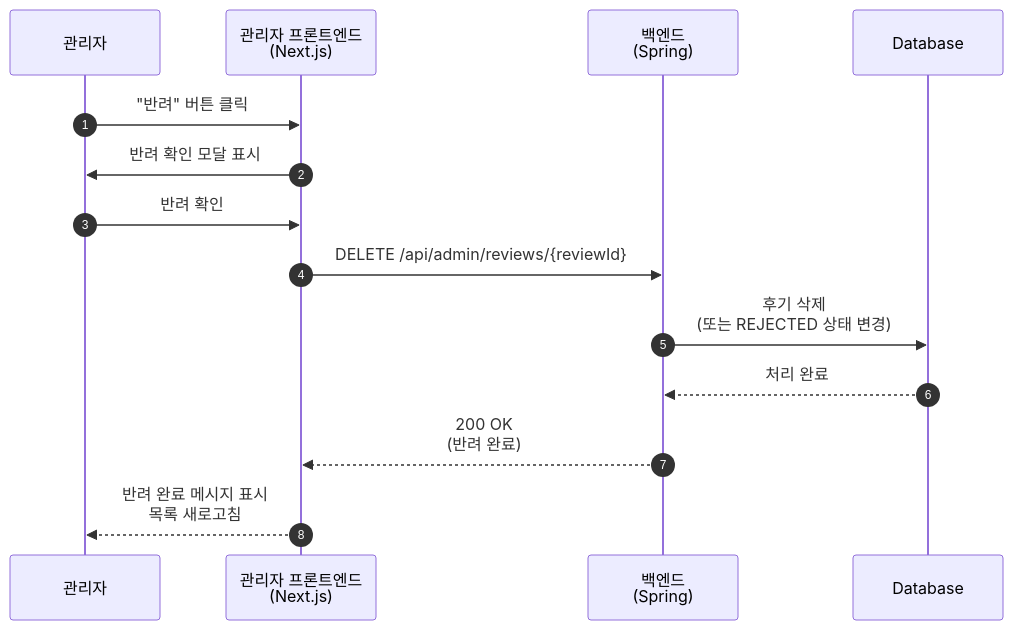
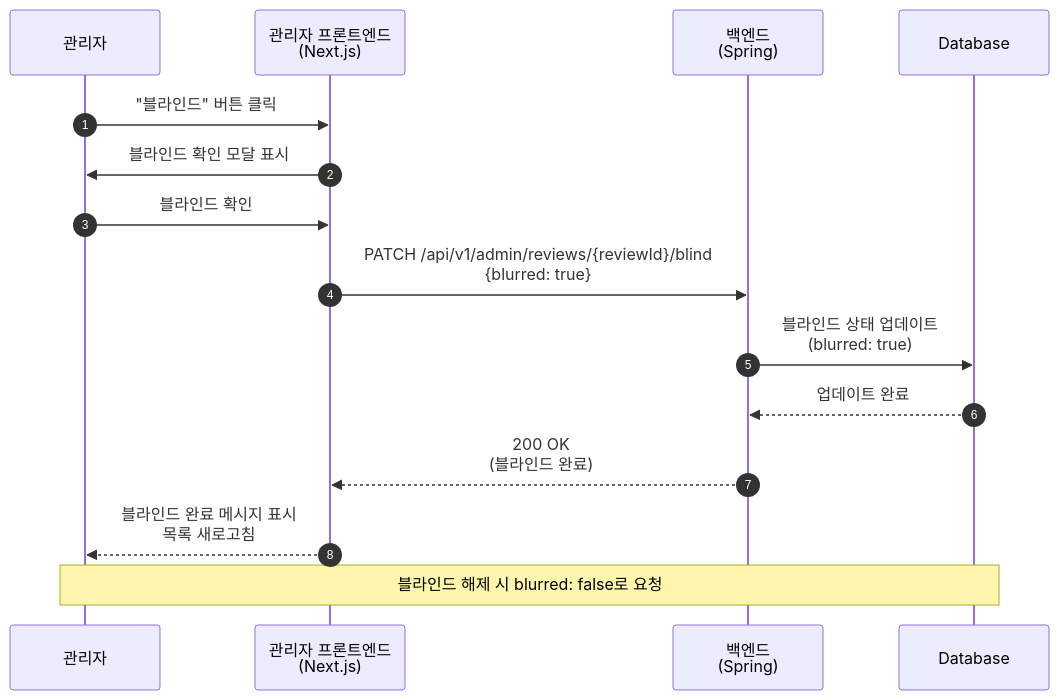
Before and after one commit to sw-campus/sw-campus-docs: the sixth of 8 diagrams in sequence/review/admin_review_approval_diagram.md, drawn with Mermaid. The commit also changed other lines of this file and 3 other files, not shown here.

Commit message:
docs: review sequence

````diff
--- a/sequence/review/admin_review_approval_diagram.md
+++ b/sequence/review/admin_review_approval_diagram.md
@@ -72,17 +152,19 @@
 ```mermaid
 sequenceDiagram
     autonumber
     participant Admin as 관리자
     participant AdminFE as 관리자 프론트엔드<br/>(Next.js)
     participant Backend as 백엔드<br/>(Spring)
     participant DB as Database
 
-    Admin->>AdminFE: "반려" 버튼 클릭
-    AdminFE->>Admin: 반려 확인 모달 표시
-    Admin->>AdminFE: 반려 확인
-    AdminFE->>Backend: DELETE /api/admin/reviews/{reviewId}
-    Backend->>DB: 후기 삭제<br/>(또는 REJECTED 상태 변경)
-    DB-->>Backend: 처리 완료
-    Backend-->>AdminFE: 200 OK<br/>(반려 완료)
-    AdminFE-->>Admin: 반려 완료 메시지 표시<br/>목록 새로고침
+    Admin->>AdminFE: "블라인드" 버튼 클릭
+    AdminFE->>Admin: 블라인드 확인 모달 표시
+    Admin->>AdminFE: 블라인드 확인
+    AdminFE->>Backend: PATCH /api/v1/admin/reviews/{reviewId}/blind<br/>{blurred: true}
+    Backend->>DB: 블라인드 상태 업데이트<br/>(blurred: true)
+    DB-->>Backend: 업데이트 완료
+    Backend-->>AdminFE: 200 OK<br/>(블라인드 완료)
+    AdminFE-->>Admin: 블라인드 완료 메시지 표시<br/>목록 새로고침
+
+    Note over Admin, DB: 블라인드 해제 시 blurred: false로 요청
 ```
````
